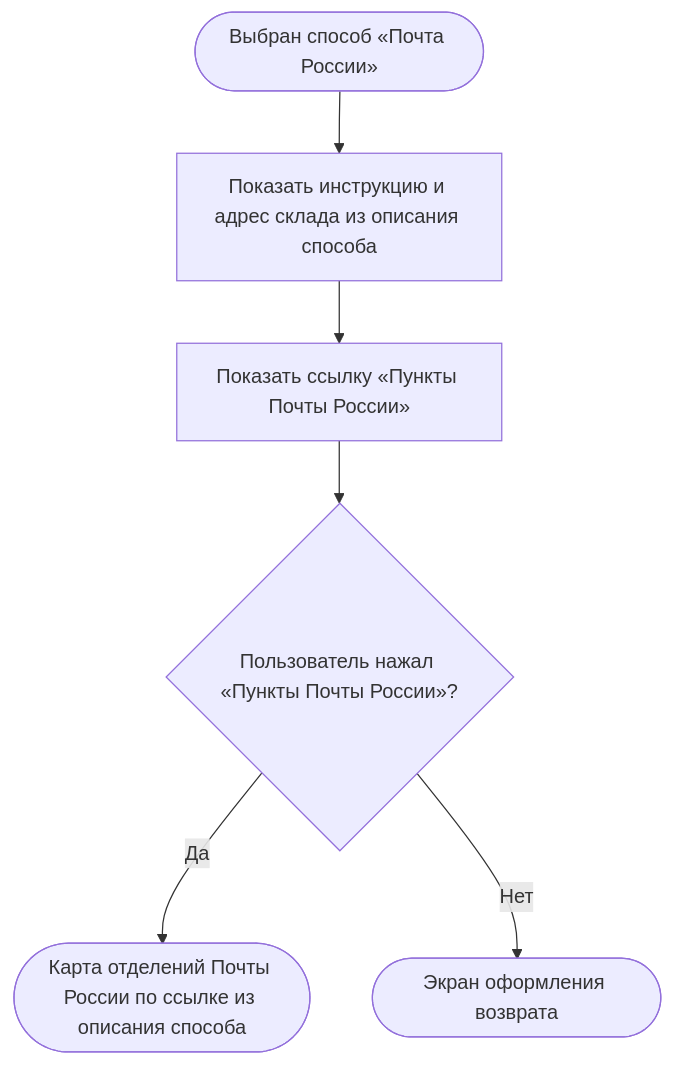
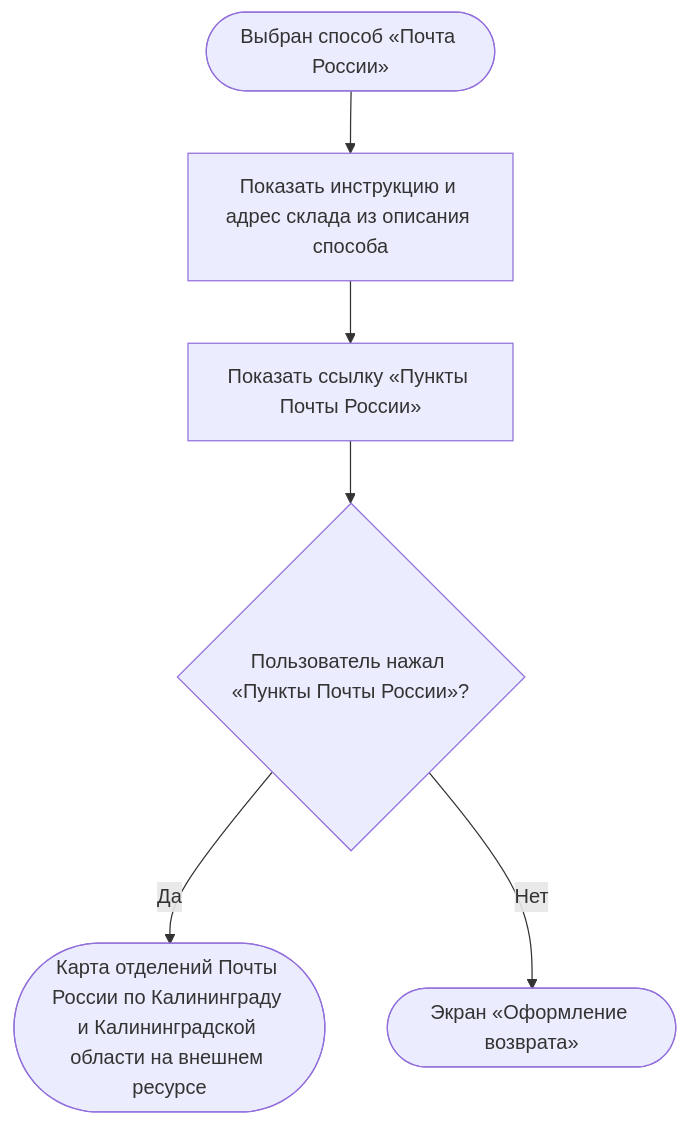
Diagram 13 of 22 in projects/returns-2.0/requirements/srs/srs-mobile-mvp.md (Terinss155/opencode-agents-analysis), drawn with Mermaid before and after one commit. The commit also changed other lines of this file and 4 other files, not shown here.

````diff
--- a/projects/returns-2.0/requirements/srs/srs-mobile-mvp.md
+++ b/projects/returns-2.0/requirements/srs/srs-mobile-mvp.md
@@ -928,8 +926,8 @@
 ```mermaid
 flowchart TD
     S([Выбран способ «Почта России»]) --> A["Показать инструкцию и адрес склада из описания способа"]
     A --> A1["Показать ссылку «Пункты Почты России»"]
     A1 --> B{"Пользователь нажал «Пункты Почты России»?"}
-    B -->|Да| B1(["Карта отделений Почты России по ссылке из описания способа"])
-    B -->|Нет| Z([Экран оформления возврата])
+    B -->|Да| B1(["Карта отделений Почты России по Калининграду и Калининградской области на внешнем ресурсе"])
+    B -->|Нет| Z([Экран «Оформление возврата»])
 ```
````
